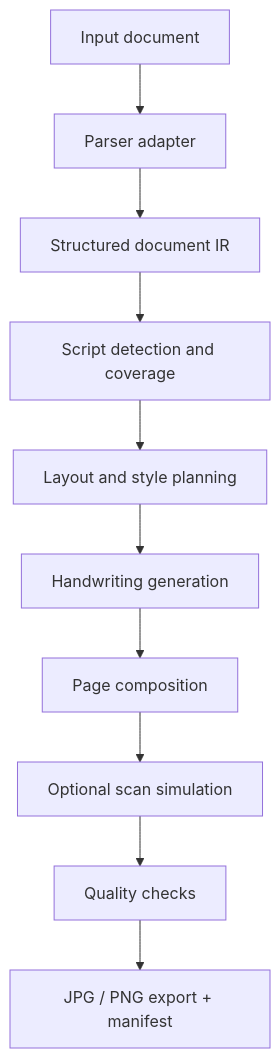
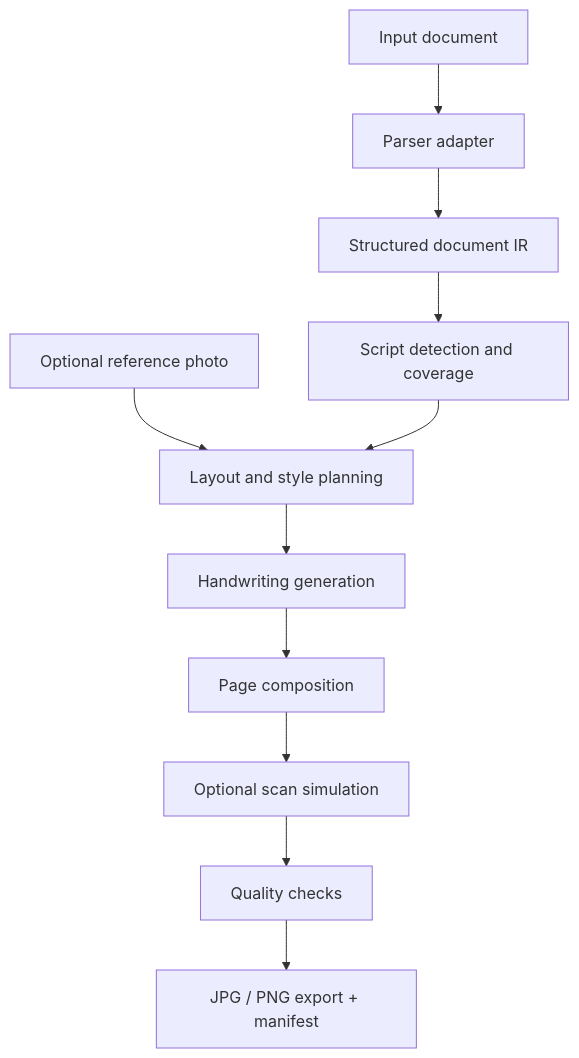
The first of 4 diagrams in README.md (samirunuwanaka/Doc-Handwritten-Gen), drawn with Mermaid before and after one commit. The commit also changed other lines of this file and 11 other files, not shown here.

First line of the commit message:
feat: optional reference handwriting style matching

````diff
--- a/README.md
+++ b/README.md
@@ -70,12 +83,13 @@
 ```mermaid
 flowchart TD
   A[Input document] --> B[Parser adapter]
   B --> C[Structured document IR]
   C --> D[Script detection and coverage]
+  R[Optional reference photo] --> E
   D --> E[Layout and style planning]
   E --> F[Handwriting generation]
   F --> G[Page composition]
   G --> H[Optional scan simulation]
   H --> I[Quality checks]
   I --> J[JPG / PNG export + manifest]
 ```
````
